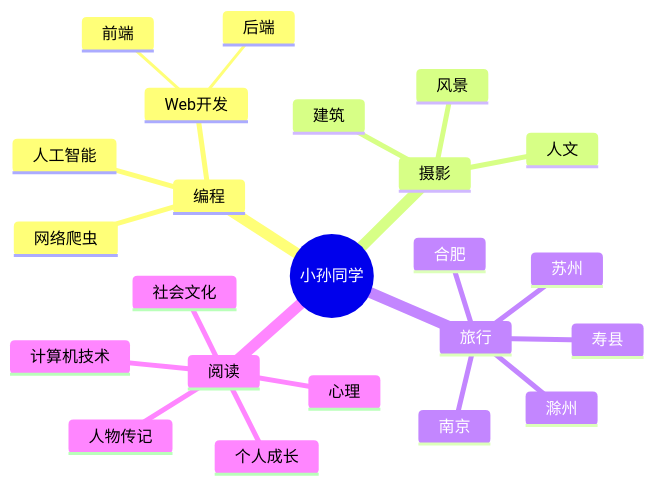
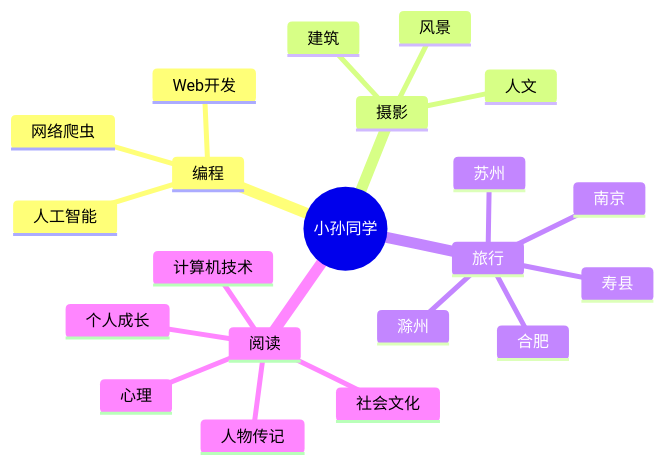
The diagram in README.md (sun0225SUN/sun0225SUN), drawn with Mermaid before and after one commit.

````diff
--- a/README.md
+++ b/README.md
@@ -178,26 +178,24 @@
 ```mermaid
 mindmap
   root((小孙同学))
     编程
       Web开发
-        前端
-        后端
       网络爬虫
       人工智能
     摄影
       人文
       建筑
       风景
     旅行
       苏州
       南京
       滁州
       合肥
       寿县
     阅读
       人物传记
       个人成长
       社会文化
       心理
       计算机技术
 ```
````
